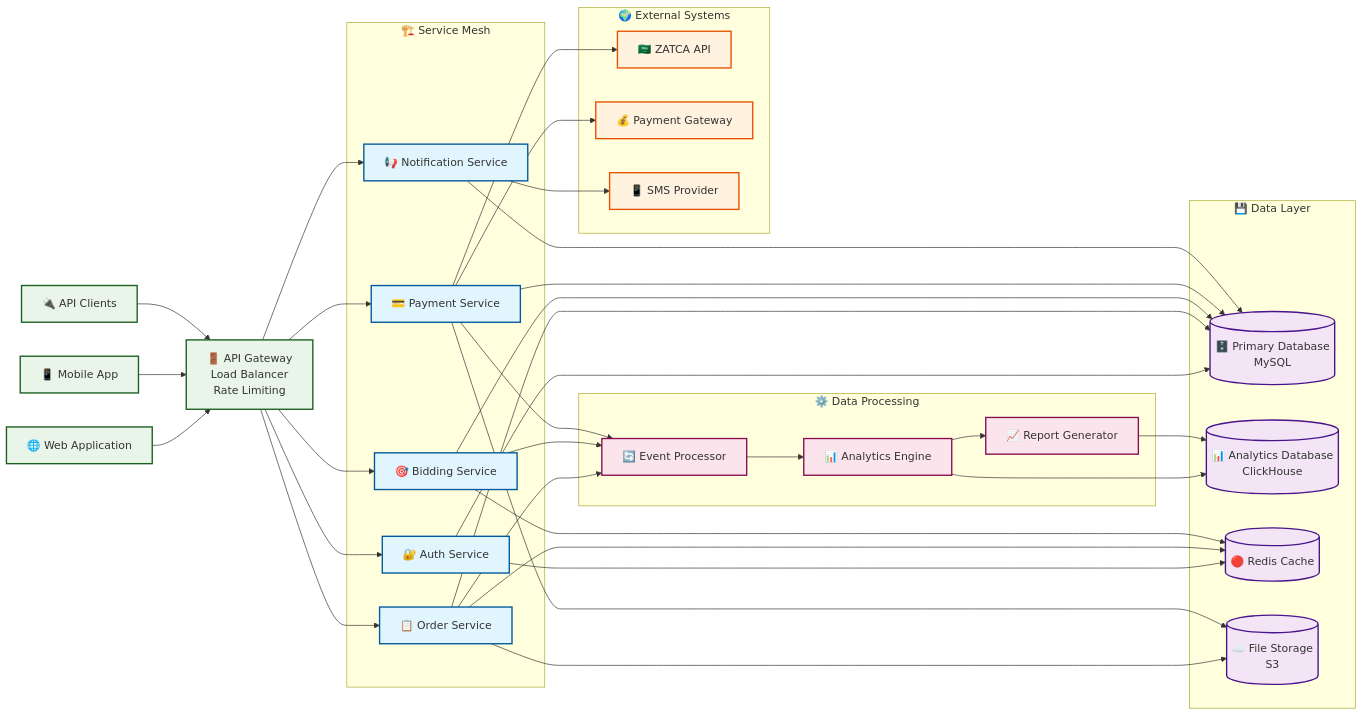
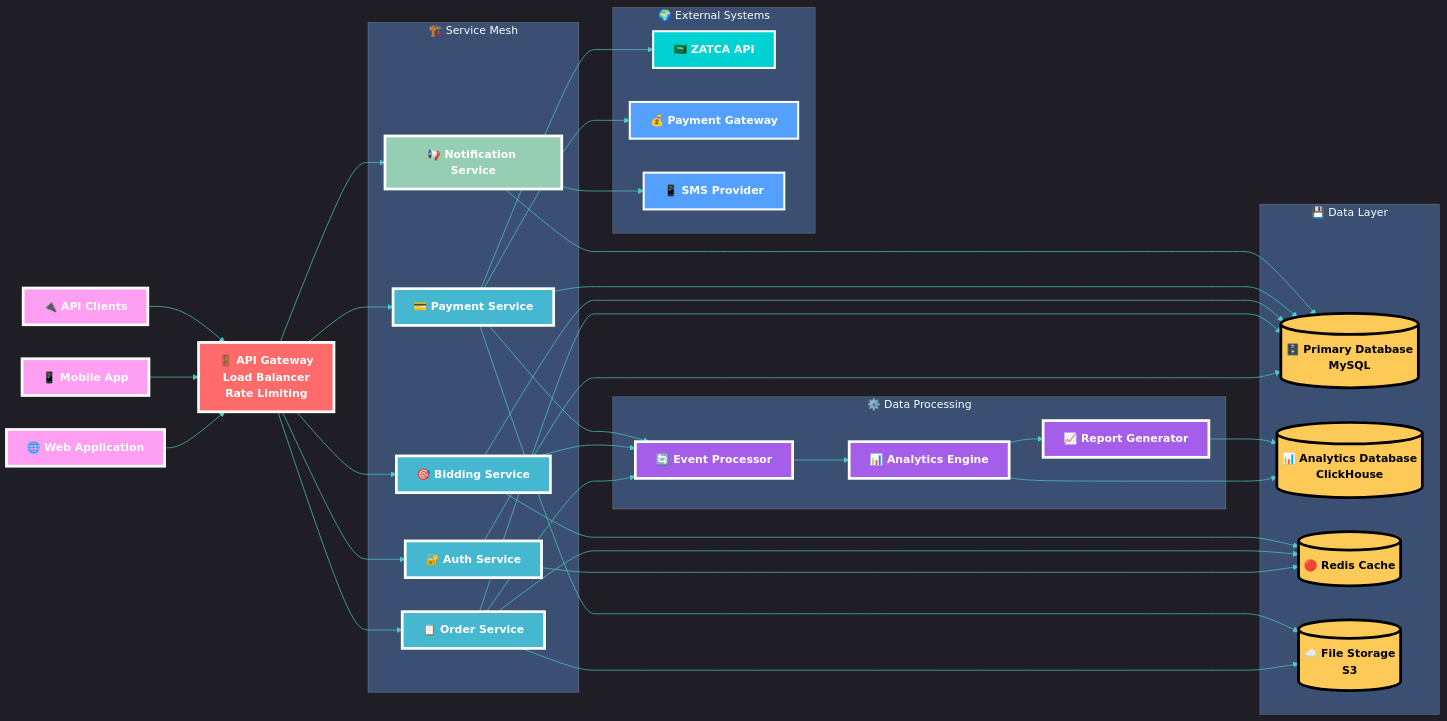
Before and after one commit to abdoElHodaky/larvrevrstender: the sixth of 7 diagrams in diagrams/service-architecture.md, drawn with Mermaid. The commit also changed other lines of this file, not shown here.

First line of the commit message:
🎯 FINAL STEP: Complete service architecture diagrams with distinguished styling

````diff
--- a/diagrams/service-architecture.md
+++ b/diagrams/service-architecture.md
@@ -385,4 +495,20 @@
 ```mermaid
+%%{init: {
+  'theme': 'dark',
+  'themeVariables': {
+    'primaryColor': '#FF6B6B',
+    'primaryTextColor': '#FFFFFF',
+    'primaryBorderColor': '#FF8E8E',
+    'lineColor': '#4ECDC4',
+    'secondaryColor': '#45B7D1',
+    'tertiaryColor': '#96CEB4',
+    'background': '#0F172A',
+    'mainBkg': '#1E293B',
+    'secondBkg': '#334155',
+    'tertiaryBkg': '#475569'
+  }
+}}%%
+
 graph LR
     %% Input Sources
     WebApp[🌐 Web Application]
@@ -466,16 +592,23 @@
     PaymentSvc --> PaymentGW
     NotificationSvc --> SMSProvider
     
-    %% Styling
-    classDef clientBox fill:#e8f5e8,stroke:#1b5e20,stroke-width:2px
-    classDef serviceBox fill:#e1f5fe,stroke:#01579b,stroke-width:2px
-    classDef dataBox fill:#f3e5f5,stroke:#4a148c,stroke-width:2px
-    classDef externalBox fill:#fff3e0,stroke:#e65100,stroke-width:2px
-    classDef processingBox fill:#fce4ec,stroke:#880e4f,stroke-width:2px
+    %% 🎨 Distinguished Eye-Catching Styling
+    classDef clientStyle fill:#FF9FF3,stroke:#FFFFFF,stroke-width:4px,color:#FFFFFF,font-weight:bold
+    classDef gatewayStyle fill:#FF6B6B,stroke:#FFFFFF,stroke-width:4px,color:#FFFFFF,font-weight:bold
+    classDef coreServiceStyle fill:#45B7D1,stroke:#FFFFFF,stroke-width:4px,color:#FFFFFF,font-weight:bold
+    classDef supportServiceStyle fill:#96CEB4,stroke:#FFFFFF,stroke-width:4px,color:#FFFFFF,font-weight:bold
+    classDef dataStyle fill:#FECA57,stroke:#000000,stroke-width:4px,color:#000000,font-weight:bold
+    classDef externalStyle fill:#54A0FF,stroke:#FFFFFF,stroke-width:3px,color:#FFFFFF,font-weight:bold
+    classDef governmentStyle fill:#00D2D3,stroke:#FFFFFF,stroke-width:3px,color:#FFFFFF,font-weight:bold
+    classDef processingStyle fill:#A55EEA,stroke:#FFFFFF,stroke-width:4px,color:#FFFFFF,font-weight:bold
     
-    class WebApp,MobileApp,API,Gateway clientBox
-    class AuthSvc,OrderSvc,BiddingSvc,PaymentSvc,NotificationSvc serviceBox
-    class PrimaryDB,AnalyticsDB,CacheLayer,FileStorage dataBox
-    class ZATCA,PaymentGW,SMSProvider externalBox
-    class EventProcessor,AnalyticsEngine,ReportGenerator processingBox
+    %% Apply Component Styling
+    class WebApp,MobileApp,API clientStyle
+    class Gateway gatewayStyle
+    class AuthSvc,OrderSvc,BiddingSvc,PaymentSvc coreServiceStyle
+    class NotificationSvc supportServiceStyle
+    class PrimaryDB,AnalyticsDB,CacheLayer,FileStorage dataStyle
+    class ZATCA governmentStyle
+    class PaymentGW,SMSProvider externalStyle
+    class EventProcessor,AnalyticsEngine,ReportGenerator processingStyle
 ```
````
